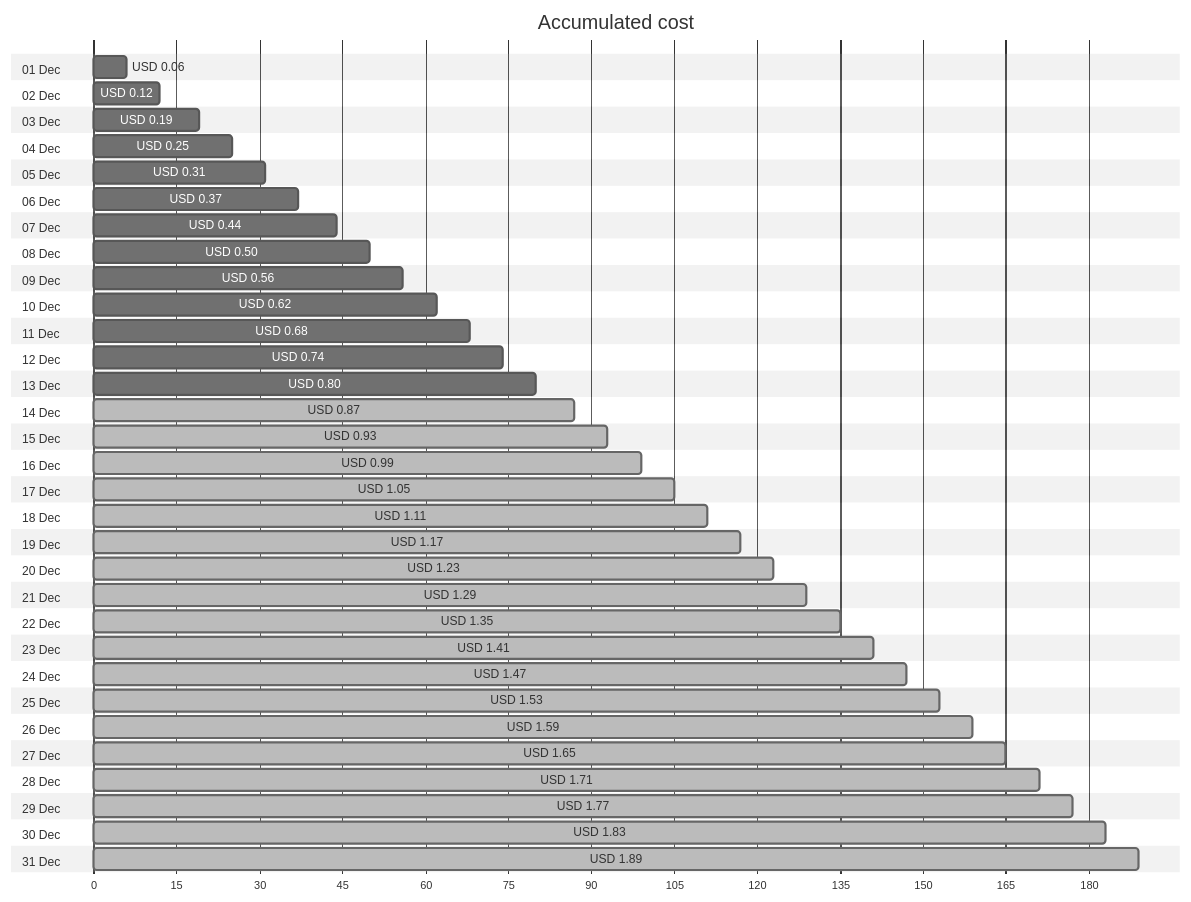
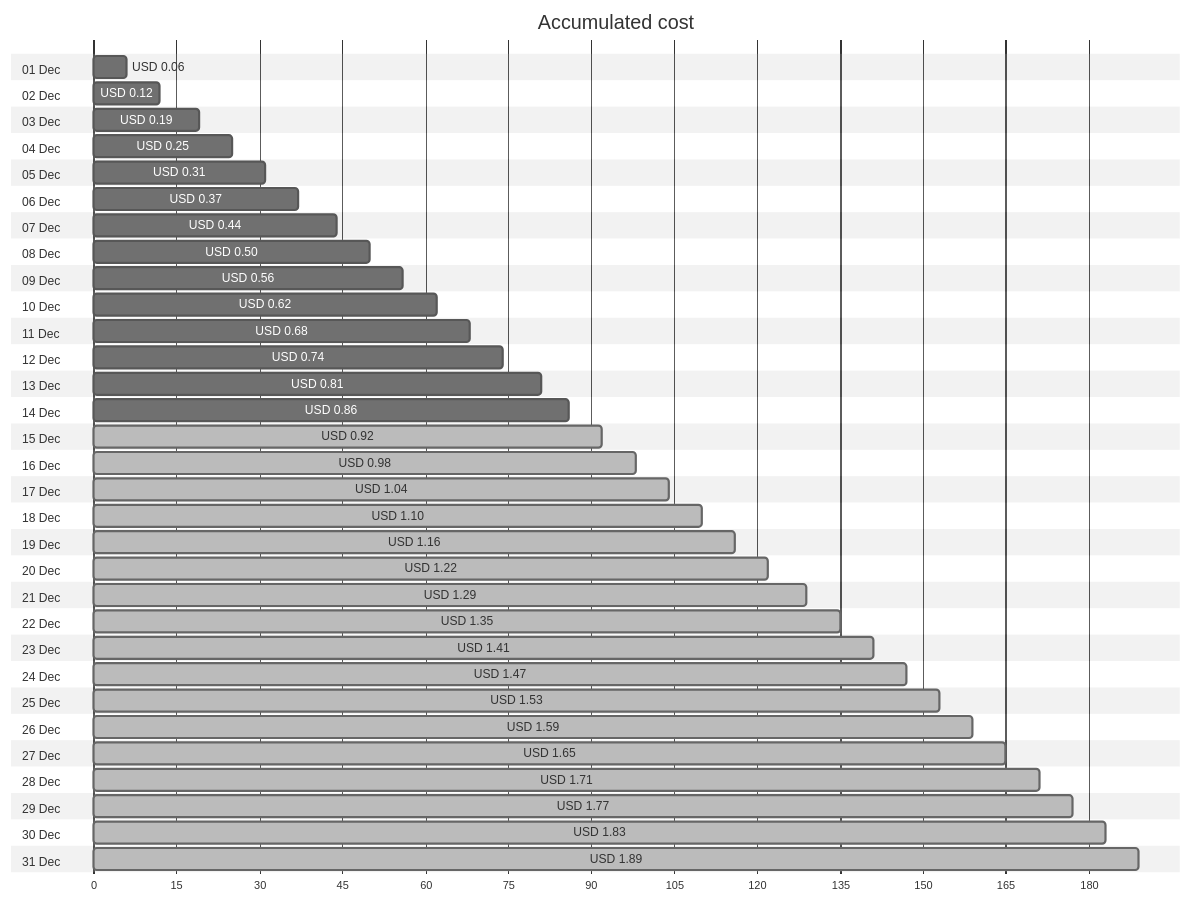
Before and after one commit to jpfulton/azure-personal-reports: the first of 4 diagrams in cost-reports/personal-network/backup-server_OsDisk.md, drawn with Mermaid (neutral theme). The commit also changed other lines of this file and 8 other files, not shown here.

````diff
--- a/cost-reports/personal-network/backup-server_OsDisk.md
+++ b/cost-reports/personal-network/backup-server_OsDisk.md
@@ -20,68 +20,68 @@
 ```mermaid
 gantt
    title Accumulated cost
    dateFormat  X
    axisFormat %s
    section 01 Dec
    USD 0.06 :0, 6
    section 02 Dec
    USD 0.12 :0, 12
    section 03 Dec
    USD 0.19 :0, 19
    section 04 Dec
    USD 0.25 :0, 25
    section 05 Dec
    USD 0.31 :0, 31
    section 06 Dec
    USD 0.37 :0, 37
    section 07 Dec
    USD 0.44 :0, 44
    section 08 Dec
    USD 0.50 :0, 50
    section 09 Dec
    USD 0.56 :0, 56
    section 10 Dec
    USD 0.62 :0, 62
    section 11 Dec
    USD 0.68 :0, 68
    section 12 Dec
    USD 0.74 :0, 74
    section 13 Dec
-   USD 0.80 :0, 80
+   USD 0.81 :0, 81
    section 14 Dec
-   USD 0.87 : done, 0, 87
+   USD 0.86 :0, 86
    section 15 Dec
-   USD 0.93 : done, 0, 93
+   USD 0.92 : done, 0, 92
    section 16 Dec
-   USD 0.99 : done, 0, 99
+   USD 0.98 : done, 0, 98
    section 17 Dec
-   USD 1.05 : done, 0, 105
+   USD 1.04 : done, 0, 104
    section 18 Dec
-   USD 1.11 : done, 0, 111
+   USD 1.10 : done, 0, 110
    section 19 Dec
-   USD 1.17 : done, 0, 117
+   USD 1.16 : done, 0, 116
    section 20 Dec
-   USD 1.23 : done, 0, 123
+   USD 1.22 : done, 0, 122
    section 21 Dec
    USD 1.29 : done, 0, 129
    section 22 Dec
    USD 1.35 : done, 0, 135
    section 23 Dec
    USD 1.41 : done, 0, 141
    section 24 Dec
    USD 1.47 : done, 0, 147
    section 25 Dec
    USD 1.53 : done, 0, 153
    section 26 Dec
    USD 1.59 : done, 0, 159
    section 27 Dec
    USD 1.65 : done, 0, 165
    section 28 Dec
    USD 1.71 : done, 0, 171
    section 29 Dec
    USD 1.77 : done, 0, 177
    section 30 Dec
    USD 1.83 : done, 0, 183
    section 31 Dec
    USD 1.89 : done, 0, 189
 ```
````
